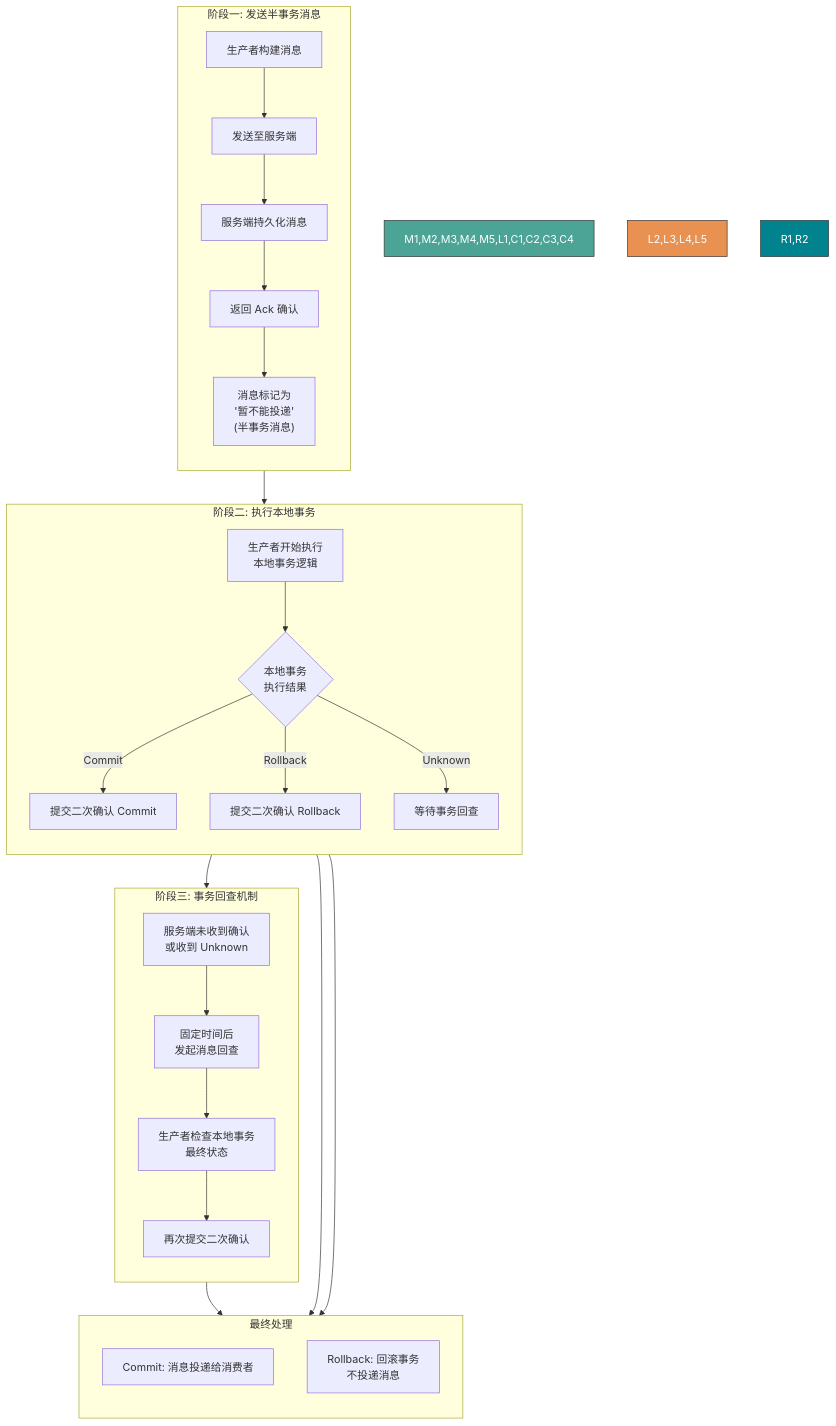
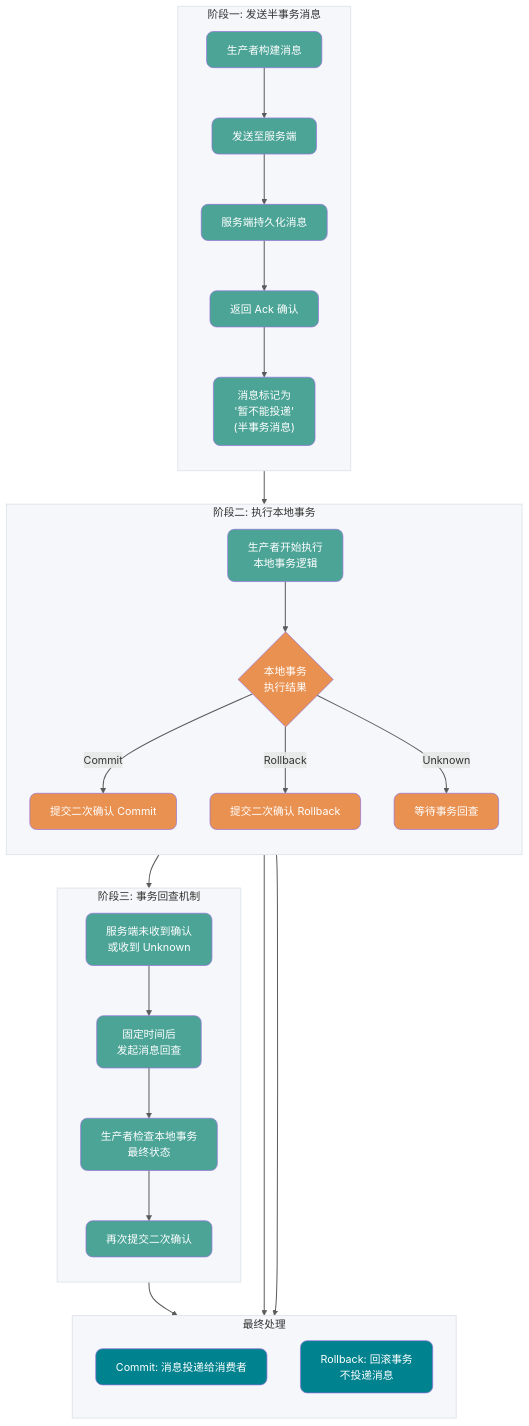
Diagram 12 of 13 in docs/high-performance/message-queue/rocketmq-questions.md (Snailclimb/JavaGuide), drawn with Mermaid before and after one commit. The commit also changed other lines of this file and 7 other files, not shown here.

Commit message:
docs：mermaid 配图样式优化

````diff
--- a/docs/high-performance/message-queue/rocketmq-questions.md
+++ b/docs/high-performance/message-queue/rocketmq-questions.md
@@ -783,41 +848,51 @@
 ```mermaid
 flowchart TB
     subgraph Phase1["阶段一: 发送半事务消息"]
         direction TB
+        style Phase1 fill:#F5F7FA,stroke:#E0E6ED,stroke-width:1.5px
         M1["生产者构建消息"] --> M2["发送至服务端"]
         M2 --> M3["服务端持久化消息"]
         M3 --> M4["返回 Ack 确认"]
         M4 --> M5["消息标记为<br/>'暂不能投递'<br/>(半事务消息)"]
     end
 
     subgraph Phase2["阶段二: 执行本地事务"]
         direction TB
+        style Phase2 fill:#F5F7FA,stroke:#E0E6ED,stroke-width:1.5px
         L1["生产者开始执行<br/>本地事务逻辑"] --> L2{"本地事务<br/>执行结果"}
         L2 -->|Commit| L3["提交二次确认 Commit"]
         L2 -->|Rollback| L4["提交二次确认 Rollback"]
         L2 -->|Unknown| L5["等待事务回查"]
     end
 
     subgraph Phase3["阶段三: 事务回查机制"]
         direction TB
+        style Phase3 fill:#F5F7FA,stroke:#E0E6ED,stroke-width:1.5px
         C1["服务端未收到确认<br/>或收到 Unknown"] --> C2["固定时间后<br/>发起消息回查"]
         C2 --> C3["生产者检查本地事务<br/>最终状态"]
         C3 --> C4["再次提交二次确认"]
     end
 
     subgraph Result["最终处理"]
+        style Result fill:#F5F7FA,stroke:#E0E6ED,stroke-width:1.5px
         direction TB
         R1["Commit: 消息投递给消费者"]
         R2["Rollback: 回滚事务<br/>不投递消息"]
     end
 
     Phase1 --> Phase2
     L3 --> R1
     L4 --> R2
     L5 --> Phase3
     C4 --> R1
 
-    style M1,M2,M3,M4,M5,L1,C1,C2,C3,C4 fill:#4CA497,stroke:#333,color:#fff
-    style L2,L3,L4,L5 fill:#E99151,stroke:#333,color:#fff
-    style R1,R2 fill:#00838F,stroke:#333,color:#fff
+    classDef normal fill:#4CA497,color:#fff,rx:10,ry:10
+    classDef decision fill:#E99151,color:#fff,rx:10,ry:10
+    classDef result fill:#00838F,color:#fff,rx:10,ry:10
+
+    class M1,M2,M3,M4,M5,L1,C1,C2,C3,C4 normal
+    class L2,L3,L4,L5 decision
+    class R1,R2 result
+
+    linkStyle default stroke-width:1.5px,opacity:0.8
 ```
````
